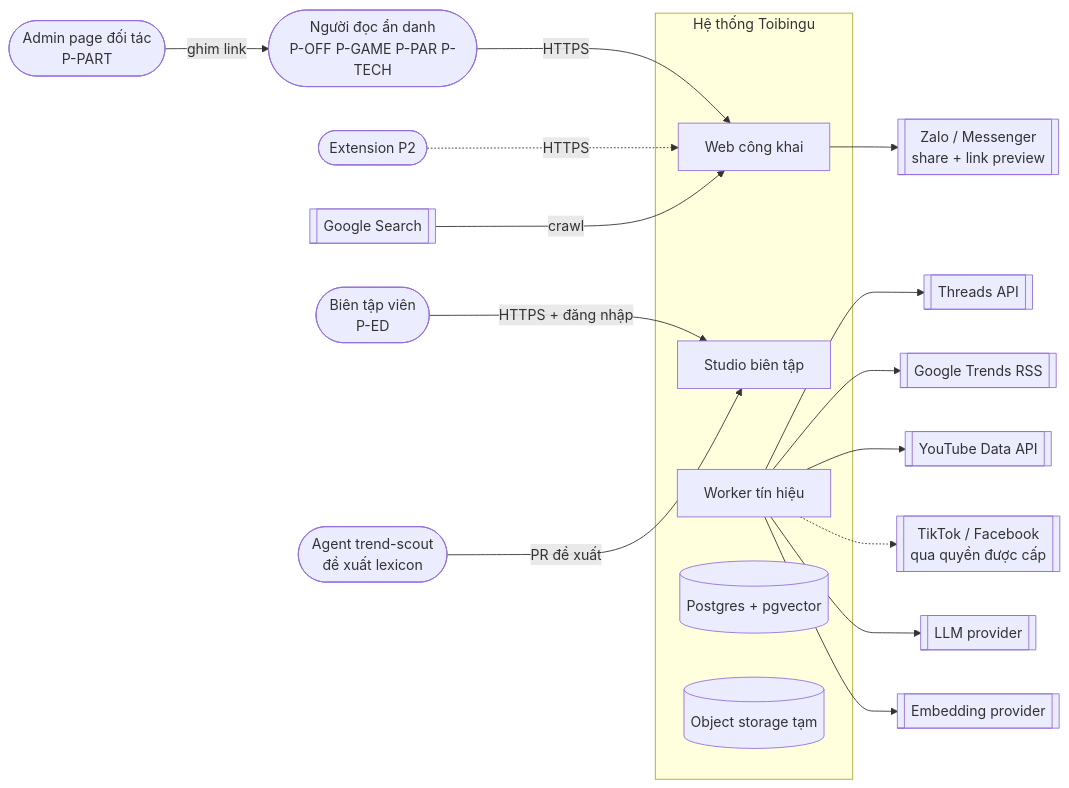
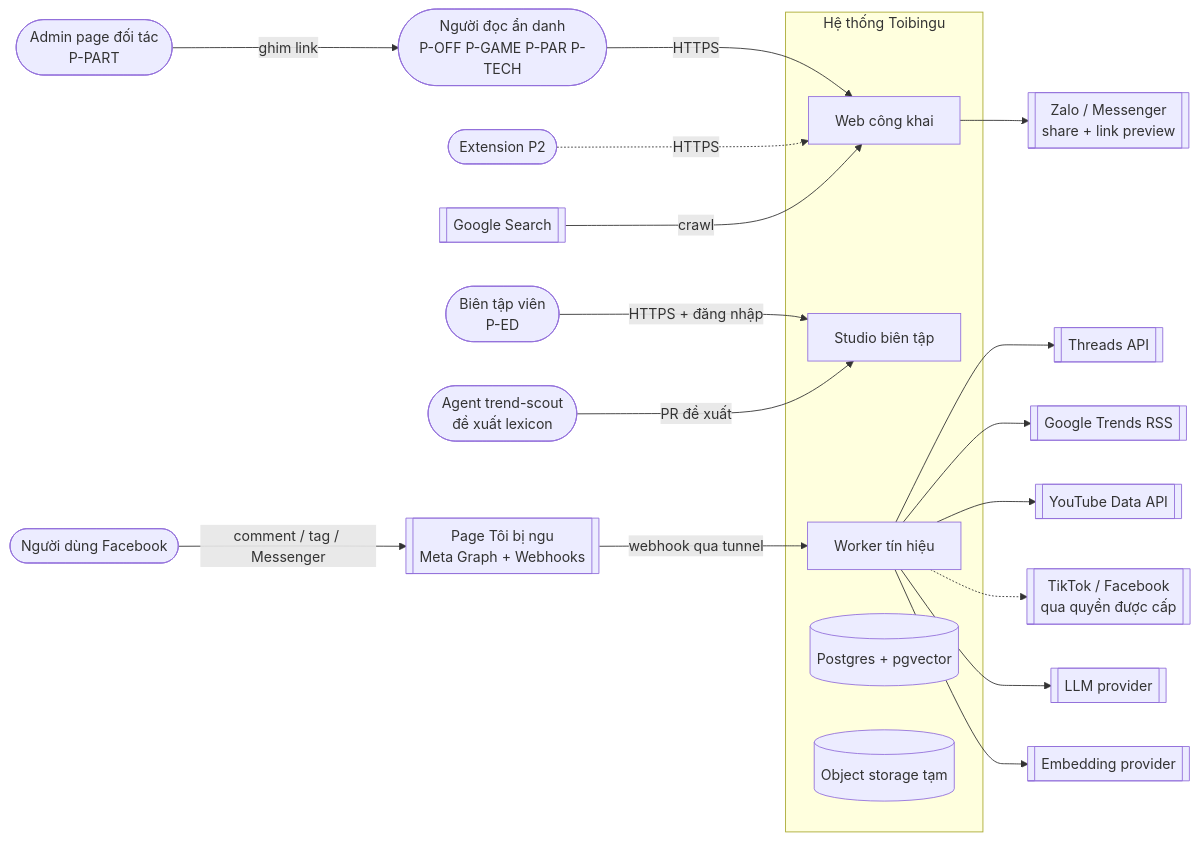
One commit to luongkam/toibingu changed the diagram in docs/01-sd/system-context/SD-TBX001-system-context.md. Above: the diagram before and after it, drawn with Mermaid. The commit also changed other lines of this file and 17 other files, not shown here.

First line of the commit message:
feat(fanpage): Page 'Tôi bị ngu' reply rules within what Meta allows (REQ-018)

````diff
--- a/docs/01-sd/system-context/SD-TBX001-system-context.md
+++ b/docs/01-sd/system-context/SD-TBX001-system-context.md
@@ -18,23 +18,25 @@
 ```mermaid
 flowchart LR
   reader([Người đọc ẩn danh\nP-OFF P-GAME P-PAR P-TECH]) -->|HTTPS| web
   partner([Admin page đối tác\nP-PART]) -->|ghim link| reader
   editor([Biên tập viên\nP-ED]) -->|HTTPS + đăng nhập| studio
   ext([Extension P2]) -.->|HTTPS| web
   scout([Agent trend-scout\nđề xuất lexicon]) -->|PR đề xuất| studio
+  fbuser([Người dùng Facebook]) -->|comment / tag / Messenger| fbpage[[Page Tôi bị ngu\nMeta Graph + Webhooks]]
+  fbpage -->|webhook qua tunnel| worker
   subgraph TB[Hệ thống Toibingu]
     web[Web công khai]
     studio[Studio biên tập]
     worker[Worker tín hiệu]
     db[(Postgres + pgvector)]
     obj[(Object storage tạm)]
   end
   worker --> threads[[Threads API]]
   worker --> trends[[Google Trends RSS]]
   worker --> yt[[YouTube Data API]]
   worker -.-> tiktok[[TikTok / Facebook\nqua quyền được cấp]]
   worker --> llm[[LLM provider]]
   worker --> emb[[Embedding provider]]
   web --> zalo[[Zalo / Messenger\nshare + link preview]]
   google[[Google Search]] -->|crawl| web
 ```
````
